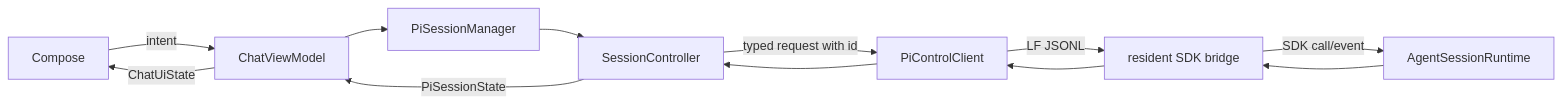
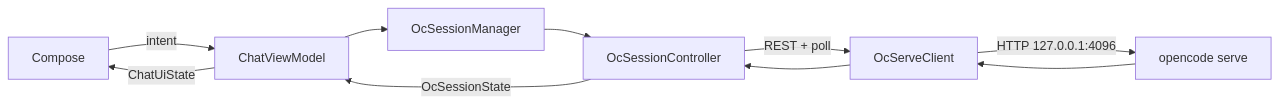
Before and after one commit to lizereride90/PIRT-OPENCODE: the third of 3 diagrams in docs/architecture.md, drawn with Mermaid. The commit also changed other lines of this file and 42 other files, not shown here.

Commit message:
OpenCode replaces Pi: serve client, managers, auth, UI, MCPs, cached CI

````diff
--- a/docs/architecture.md
+++ b/docs/architecture.md
@@ -68,14 +63,12 @@
 ```mermaid
 flowchart LR
     UI["Compose"] -->|intent| VM["ChatViewModel"]
-    VM --> M["PiSessionManager"]
-    M --> C["SessionController"]
-    C -->|typed request with id| CONTROL["PiControlClient"]
-    CONTROL -->|LF JSONL| BRIDGE["resident SDK bridge"]
-    BRIDGE -->|SDK call/event| PI["AgentSessionRuntime"]
-    PI --> BRIDGE
-    BRIDGE --> CONTROL
-    CONTROL --> C
-    C -->|PiSessionState| VM
+    VM --> M["OcSessionManager"]
+    M --> C["OcSessionController"]
+    C -->|REST + poll| SERVE["OcServeClient"]
+    SERVE -->|HTTP 127.0.0.1:4096| OC["opencode serve"]
+    OC --> SERVE
+    SERVE --> C
+    C -->|OcSessionState| VM
     VM -->|ChatUiState| UI
 ```
````
